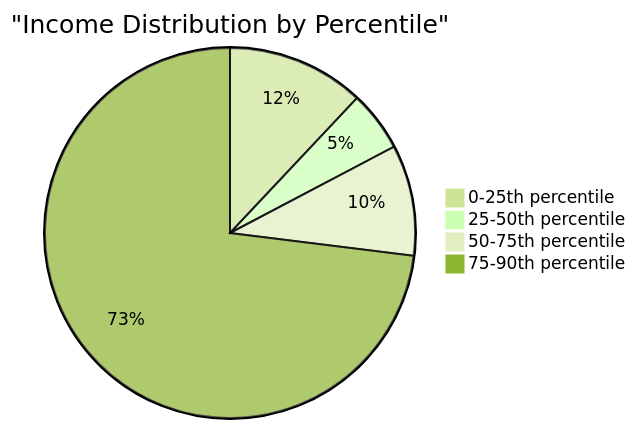
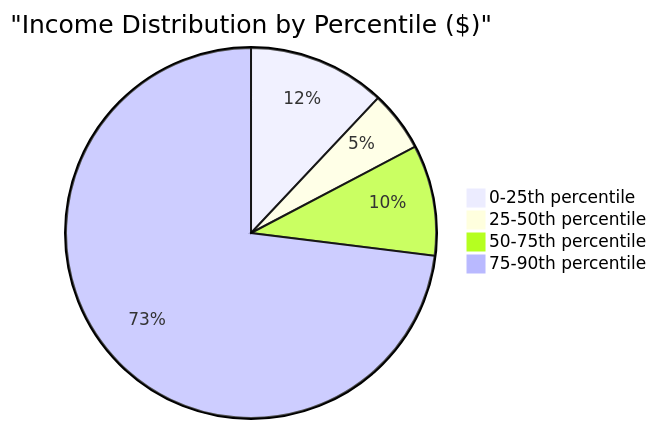
One commit to tzolkowski96/tzolkowski96 changed the tenth of 14 diagrams in us-household-income-analysis/README.md. Above: the diagram before and after it, drawn with Mermaid. The commit also changed other lines of this file, not shown here.

````diff
--- a/us-household-income-analysis/README.md
+++ b/us-household-income-analysis/README.md
@@ -818,9 +819,8 @@
 ```mermaid
-%%{init: {'theme': 'forest' }}%%
 pie
-    title "Income Distribution by Percentile"
+    title "Income Distribution by Percentile ($)"
     "0-25th percentile" : 36039
     "25-50th percentile" : 15832
     "50-75th percentile" : 29038
     "75-90th percentile" : 219091
 ```
````
